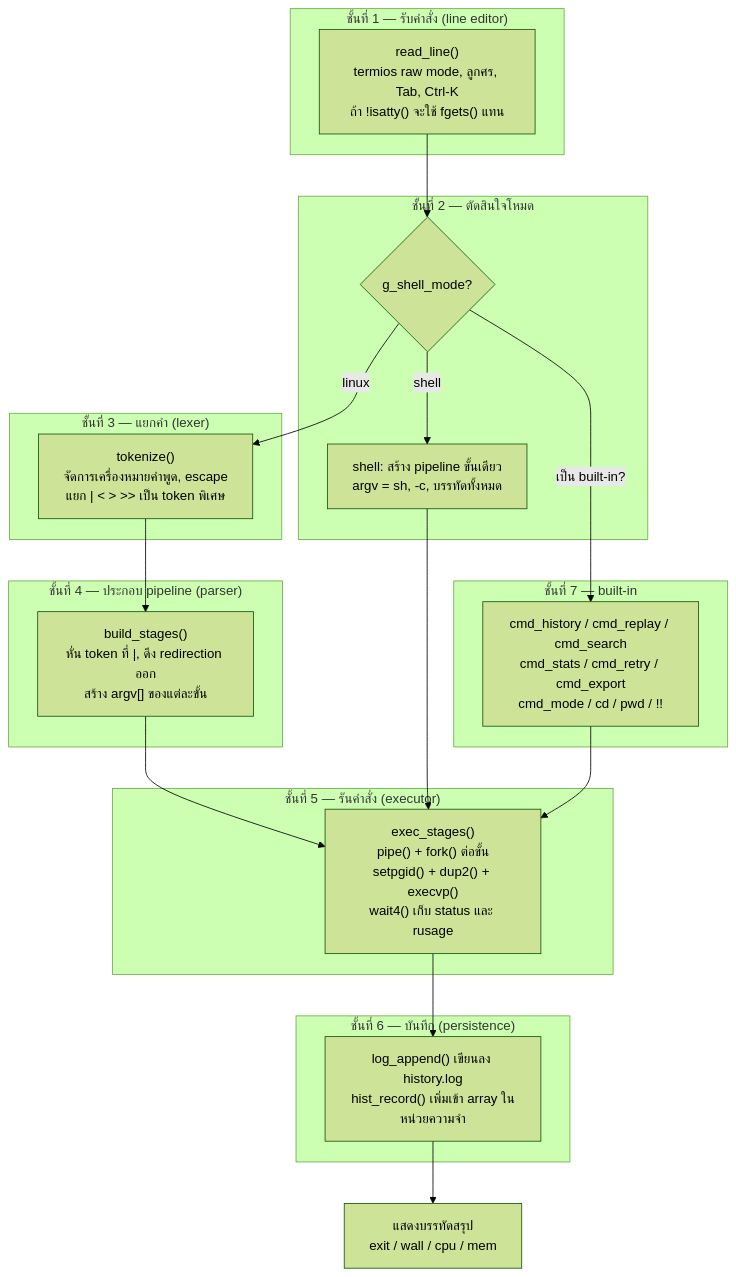
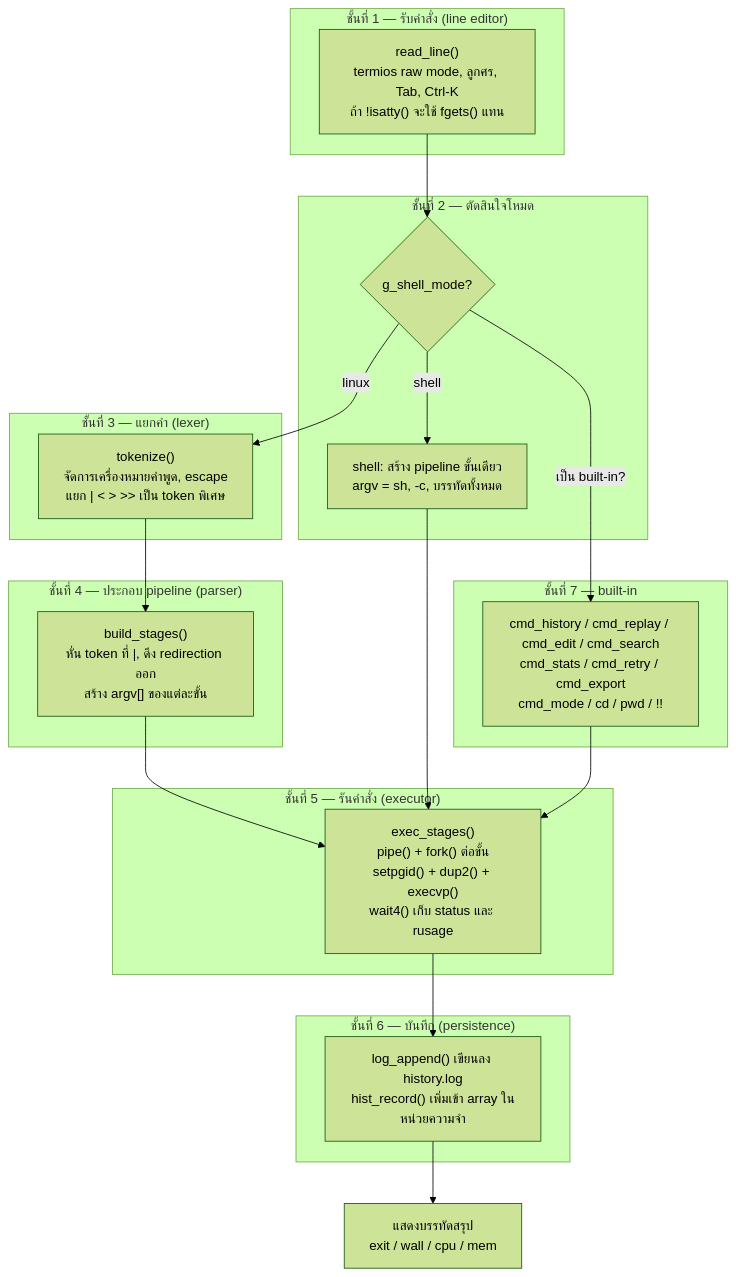
The first of 2 diagrams in Doc/architecture.md (MammamiaPizza/ProjOS), drawn with Mermaid (forest theme) before and after one commit. The commit also changed other lines of this file and 6 other files, not shown here.

````diff
--- a/Doc/architecture.md
+++ b/Doc/architecture.md
@@ -29,42 +29,42 @@
 ```mermaid
 flowchart TD
     subgraph L1["ชั้นที่ 1 — รับคำสั่ง (line editor)"]
         A0["read_line()<br/>termios raw mode, ลูกศร, Tab, Ctrl-K<br/>ถ้า !isatty() จะใช้ fgets() แทน"]
     end
 
     subgraph L2["ชั้นที่ 2 — ตัดสินใจโหมด"]
         A1{"g_shell_mode?"}
         A2["shell: สร้าง pipeline ขั้นเดียว<br/>argv = sh, -c, บรรทัดทั้งหมด"]
     end
 
     subgraph L3["ชั้นที่ 3 — แยกคำ (lexer)"]
         B1["tokenize()<br/>จัดการเครื่องหมายคำพูด, escape<br/>แยก | < > >> เป็น token พิเศษ"]
     end
 
     subgraph L4["ชั้นที่ 4 — ประกอบ pipeline (parser)"]
         B2["build_stages()<br/>หั่น token ที่ |, ดึง redirection ออก<br/>สร้าง argv[] ของแต่ละขั้น"]
     end
 
     subgraph L5["ชั้นที่ 5 — รันคำสั่ง (executor)"]
         E["exec_stages()<br/>pipe() + fork() ต่อขั้น<br/>setpgid() + dup2() + execvp()<br/>wait4() เก็บ status และ rusage"]
     end
 
     subgraph L6["ชั้นที่ 6 — บันทึก (persistence)"]
         I["log_append() เขียนลง history.log<br/>hist_record() เพิ่มเข้า array ในหน่วยความจำ"]
     end
 
     subgraph L7["ชั้นที่ 7 — built-in"]
-        D["cmd_history / cmd_replay / cmd_search<br/>cmd_stats / cmd_retry / cmd_export<br/>cmd_mode / cd / pwd / !!"]
+        D["cmd_history / cmd_replay / cmd_edit / cmd_search<br/>cmd_stats / cmd_retry / cmd_export<br/>cmd_mode / cd / pwd / !!"]
     end
 
     A0 --> A1
     A1 -- "shell" --> A2
     A1 -- "linux" --> B1
     B1 --> B2
     B2 --> E
     A2 --> E
     E --> I
     A1 -- "เป็น built-in?" --> D
     D --> E
     I --> R["แสดงบรรทัดสรุป<br/>exit / wall / cpu / mem"]
 ```
````
